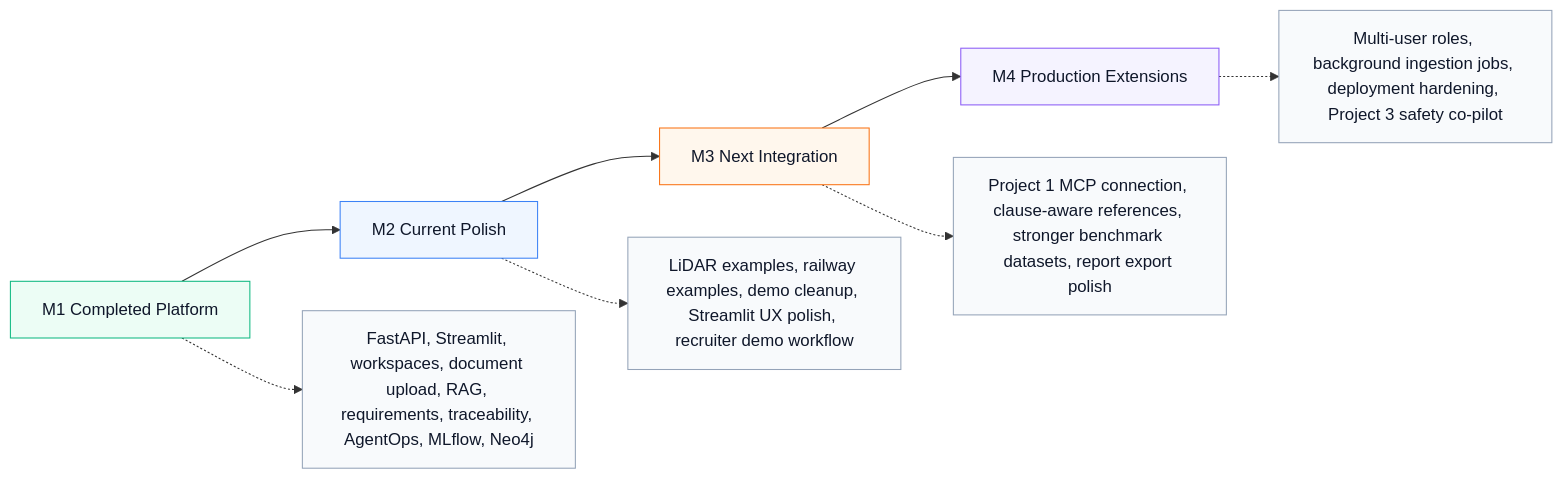
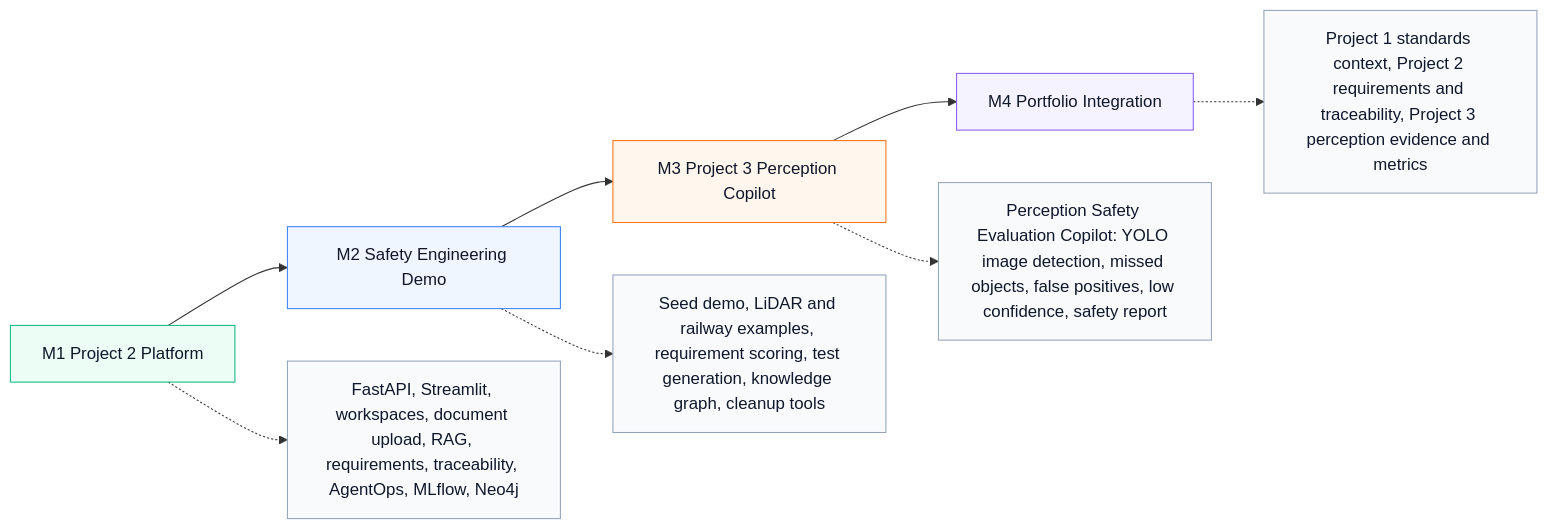
Before and after one commit to chz2010/Agentic_Document_AI_Platform_for_Safety_Engineering: the first of 10 diagrams in README.md, drawn with Mermaid. The commit also changed other lines of this file, not shown here.

Commit message:
Update roadmap for Project 3 perception copilot

````diff
--- a/README.md
+++ b/README.md
@@ -22,30 +22,30 @@
 ```mermaid
 flowchart LR
-    M1["M1 Completed Platform"]
-    M2["M2 Current Polish"]
-    M3["M3 Next Integration"]
-    M4["M4 Production Extensions"]
+    M1["M1 Project 2 Platform"]
+    M2["M2 Safety Engineering Demo"]
+    M3["M3 Project 3 Perception Copilot"]
+    M4["M4 Portfolio Integration"]
 
     M1 --> M2 --> M3 --> M4
 
     M1D["FastAPI, Streamlit, workspaces, document upload, RAG, requirements, traceability, AgentOps, MLflow, Neo4j"]
-    M2D["LiDAR examples, railway examples, demo cleanup, Streamlit UX polish, recruiter demo workflow"]
-    M3D["Project 1 MCP connection, clause-aware references, stronger benchmark datasets, report export polish"]
-    M4D["Multi-user roles, background ingestion jobs, deployment hardening, Project 3 safety co-pilot"]
+    M2D["Seed demo, LiDAR and railway examples, requirement scoring, test generation, knowledge graph, cleanup tools"]
+    M3D["Perception Safety Evaluation Copilot: YOLO image detection, missed objects, false positives, low confidence, safety report"]
+    M4D["Project 1 standards context, Project 2 requirements and traceability, Project 3 perception evidence and metrics"]
 
     M1 -.-> M1D
     M2 -.-> M2D
     M3 -.-> M3D
     M4 -.-> M4D
 
     classDef milestoneDone fill:#ecfdf5,stroke:#10b981,color:#0f172a;
-    classDef milestoneCurrent fill:#eff6ff,stroke:#3b82f6,color:#0f172a;
-    classDef milestoneNext fill:#fff7ed,stroke:#f97316,color:#0f172a;
-    classDef milestoneLater fill:#f5f3ff,stroke:#8b5cf6,color:#0f172a;
+    classDef milestoneStable fill:#eff6ff,stroke:#3b82f6,color:#0f172a;
+    classDef milestoneFocus fill:#fff7ed,stroke:#f97316,color:#0f172a;
+    classDef milestoneFuture fill:#f5f3ff,stroke:#8b5cf6,color:#0f172a;
     classDef milestoneDetail fill:#f8fafc,stroke:#94a3b8,color:#0f172a;
     class M1 milestoneDone;
-    class M2 milestoneCurrent;
-    class M3 milestoneNext;
-    class M4 milestoneLater;
+    class M2 milestoneStable;
+    class M3 milestoneFocus;
+    class M4 milestoneFuture;
     class M1D,M2D,M3D,M4D milestoneDetail;
 ```
````
